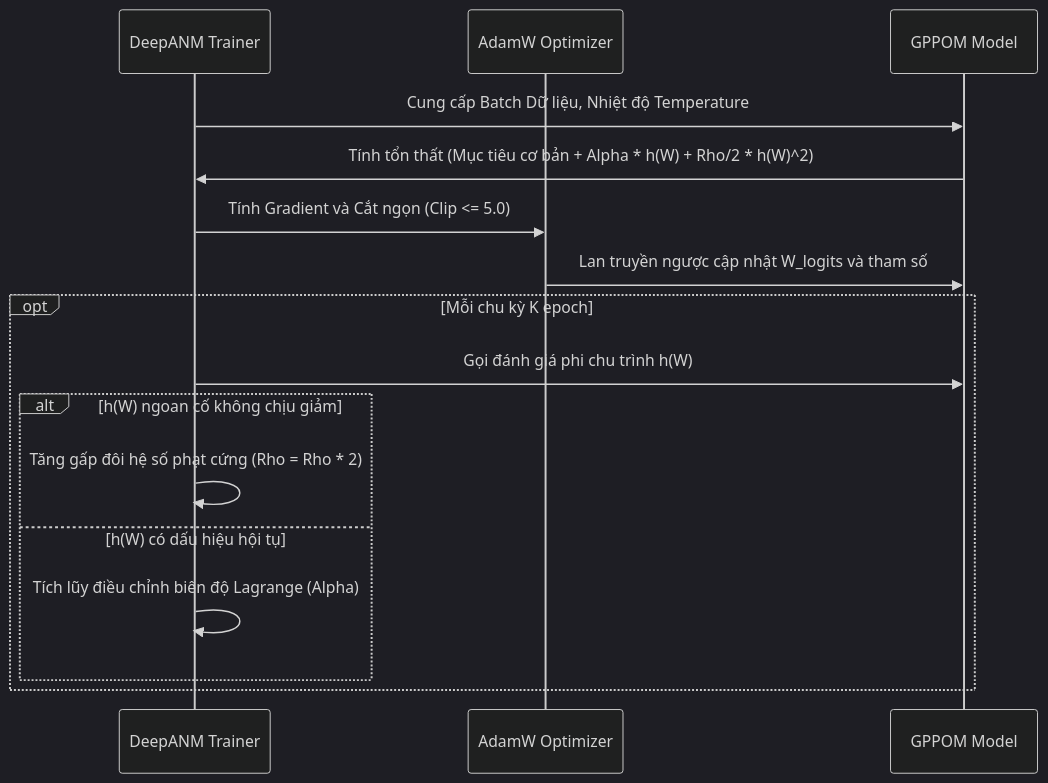
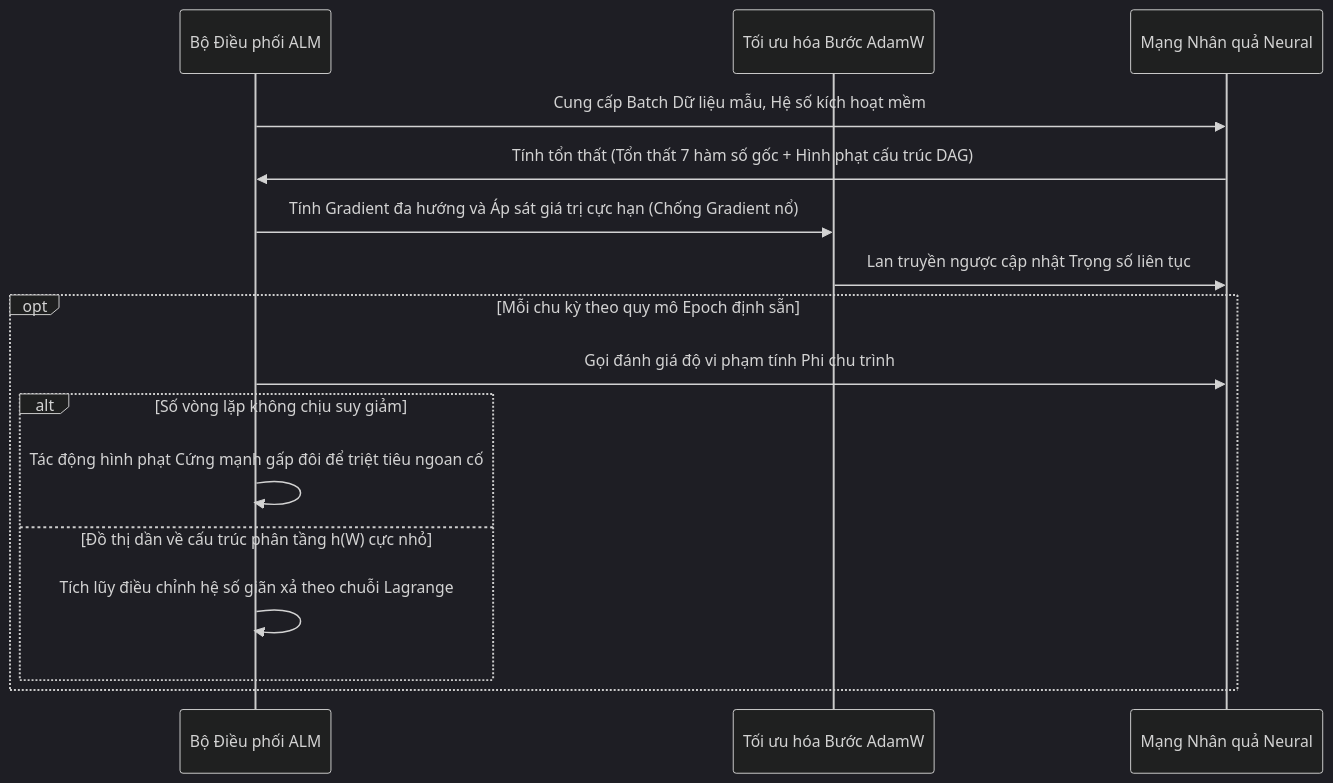
One commit to manhthai1706/DeepANM changed the fifth of 6 diagrams in docx/Chuong2_MoHinhDeepANM.md. Above: the diagram before and after it, drawn with Mermaid (dark theme). The commit also changed other lines of this file, not shown here.

````diff
--- a/docx/Chuong2_MoHinhDeepANM.md
+++ b/docx/Chuong2_MoHinhDeepANM.md
@@ -157,20 +157,20 @@
 ```mermaid
 sequenceDiagram
-    participant T as DeepANM Trainer
-    participant O as AdamW Optimizer
-    participant M as GPPOM Model
-
-    T->>M: Cung cấp Batch Dữ liệu, Nhiệt độ Temperature
-    M->>T: Tính tổn thất (Mục tiêu cơ bản + Alpha * h(W) + Rho/2 * h(W)^2)
-    T->>O: Tính Gradient và Cắt ngọn (Clip <= 5.0)
-    O->>M: Lan truyền ngược cập nhật W_logits và tham số
+    participant T as Bộ Điều phối ALM
+    participant O as Tối ưu hóa Bước AdamW
+    participant M as Mạng Nhân quả Neural
     
-    opt Mỗi chu kỳ K epoch
-        T->>M: Gọi đánh giá phi chu trình h(W)
-        alt h(W) ngoan cố không chịu giảm
-            T->>T: Tăng gấp đôi hệ số phạt cứng (Rho = Rho * 2)
-        else h(W) có dấu hiệu hội tụ
-            T->>T: Tích lũy điều chỉnh biên độ Lagrange (Alpha)
+    T->>M: Cung cấp Batch Dữ liệu mẫu, Hệ số kích hoạt mềm
+    M->>T: Tính tổn thất (Tổn thất 7 hàm số gốc + Hình phạt cấu trúc DAG)
+    T->>O: Tính Gradient đa hướng và Áp sát giá trị cực hạn (Chống Gradient nổ)
+    O->>M: Lan truyền ngược cập nhật Trọng số liên tục
+    
+    opt Mỗi chu kỳ theo quy mô Epoch định sẵn
+        T->>M: Gọi đánh giá độ vi phạm tính Phi chu trình
+        alt Số vòng lặp không chịu suy giảm
+            T->>T: Tác động hình phạt Cứng mạnh gấp đôi để triệt tiêu ngoan cố
+        else Đồ thị dần về cấu trúc phân tầng h(W) cực nhỏ
+            T->>T: Tích lũy điều chỉnh hệ số giãn xả theo chuỗi Lagrange
         end
     end
 ```
````
